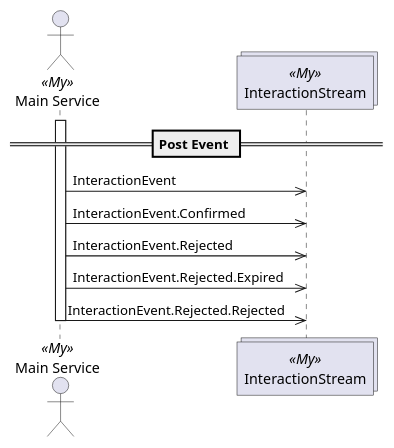
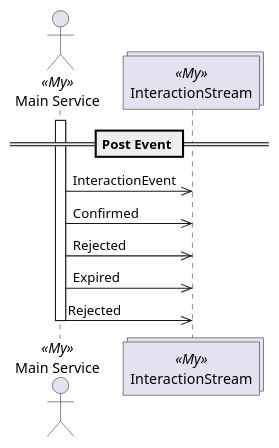
The diagram in docs/tuc/examples/post-event.puml (TypedUseCase/tuc-console), drawn with PlantUML before and after one commit. The commit also changed 18 other files, not shown here.

```diff
--- a/docs/tuc/examples/post-event.puml
+++ b/docs/tuc/examples/post-event.puml
@@ -1,17 +1,17 @@
 @startuml post-event
 
 == Post Event ==
 
 actor "Main Service" as MainService <<My>>
 collections "InteractionStream" as InteractionStream <<My>>
 
 activate MainService
 MainService ->> InteractionStream: InteractionEvent
-MainService ->> InteractionStream: InteractionEvent.Confirmed
-MainService ->> InteractionStream: InteractionEvent.Rejected
-MainService ->> InteractionStream: InteractionEvent.Rejected.Expired
-MainService ->> InteractionStream: InteractionEvent.Rejected.Rejected
+MainService ->> InteractionStream: Confirmed
+MainService ->> InteractionStream: Rejected
+MainService ->> InteractionStream: Expired
+MainService ->> InteractionStream: Rejected
 
 deactivate MainService
 
 @enduml
```
